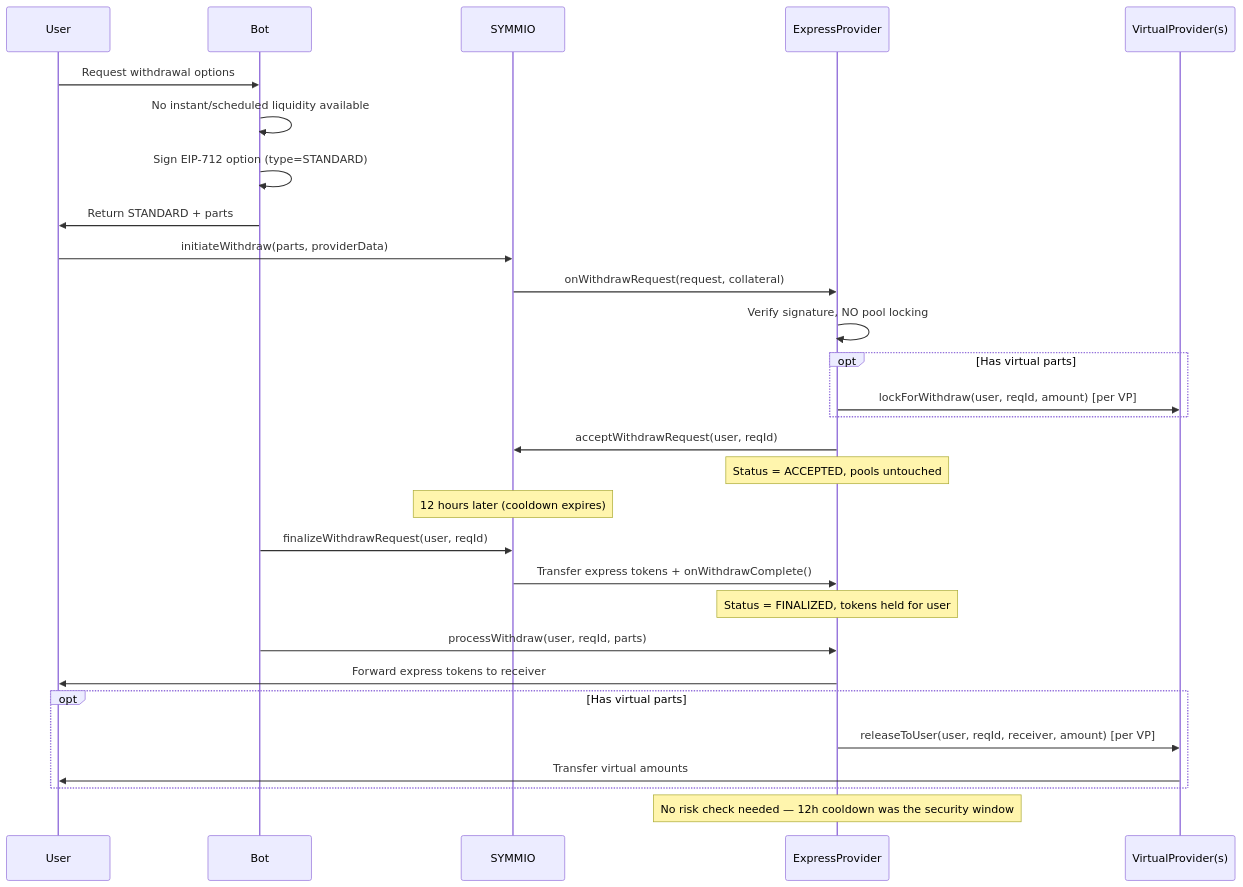
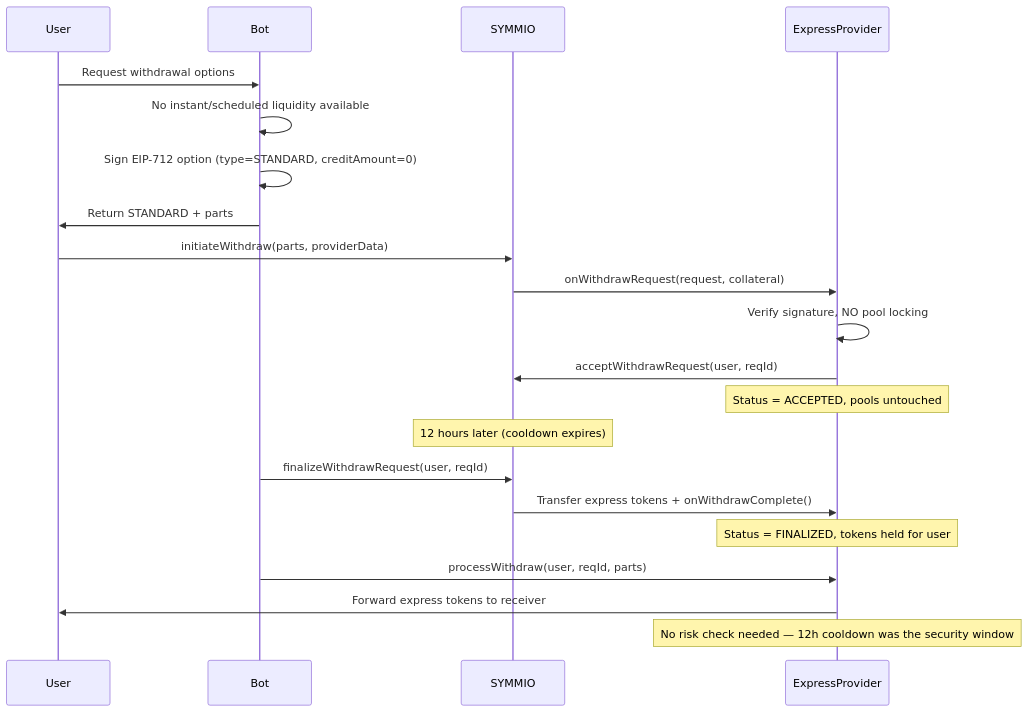
Before and after one commit to SYMM-IO/perps-core: the ninth of 16 diagrams in docs/v0.8.6/express-withdrawal-system-design.md, drawn with Mermaid. The commit also changed other lines of this file and 9 other files, not shown here.

Commit message:
docs: replace VirtualProvider with Credit Line system in express provider docs

````diff
--- a/docs/v0.8.6/express-withdrawal-system-design.md
+++ b/docs/v0.8.6/express-withdrawal-system-design.md
@@ -566,36 +568,28 @@
 ```mermaid
 sequenceDiagram
     participant User
     participant Bot
     participant SYMMIO
     participant Express as ExpressProvider
-    participant Virtual as VirtualProvider(s)
 
     User->>Bot: Request withdrawal options
     Bot->>Bot: No instant/scheduled liquidity available
-    Bot->>Bot: Sign EIP-712 option (type=STANDARD)
+    Bot->>Bot: Sign EIP-712 option (type=STANDARD, creditAmount=0)
     Bot->>User: Return STANDARD + parts
 
     User->>SYMMIO: initiateWithdraw(parts, providerData)
     SYMMIO->>Express: onWithdrawRequest(request, collateral)
     Express->>Express: Verify signature, NO pool locking
-    opt Has virtual parts
-        Express->>Virtual: lockForWithdraw(user, reqId, amount) [per VP]
-    end
     Express->>SYMMIO: acceptWithdrawRequest(user, reqId)
     Note over Express: Status = ACCEPTED, pools untouched
 
     Note over SYMMIO: 12 hours later (cooldown expires)
 
     Bot->>SYMMIO: finalizeWithdrawRequest(user, reqId)
     SYMMIO->>Express: Transfer express tokens + onWithdrawComplete()
     Note over Express: Status = FINALIZED, tokens held for user
 
     Bot->>Express: processWithdraw(user, reqId, parts)
     Express->>User: Forward express tokens to receiver
-    opt Has virtual parts
-        Express->>Virtual: releaseToUser(user, reqId, receiver, amount) [per VP]
-        Virtual->>User: Transfer virtual amounts
-    end
     Note over Express: No risk check needed — 12h cooldown was the security window
 ```
````
